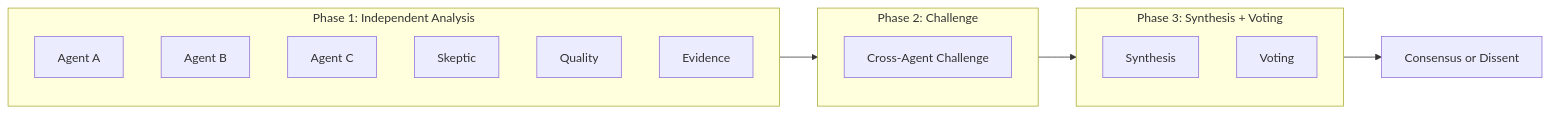
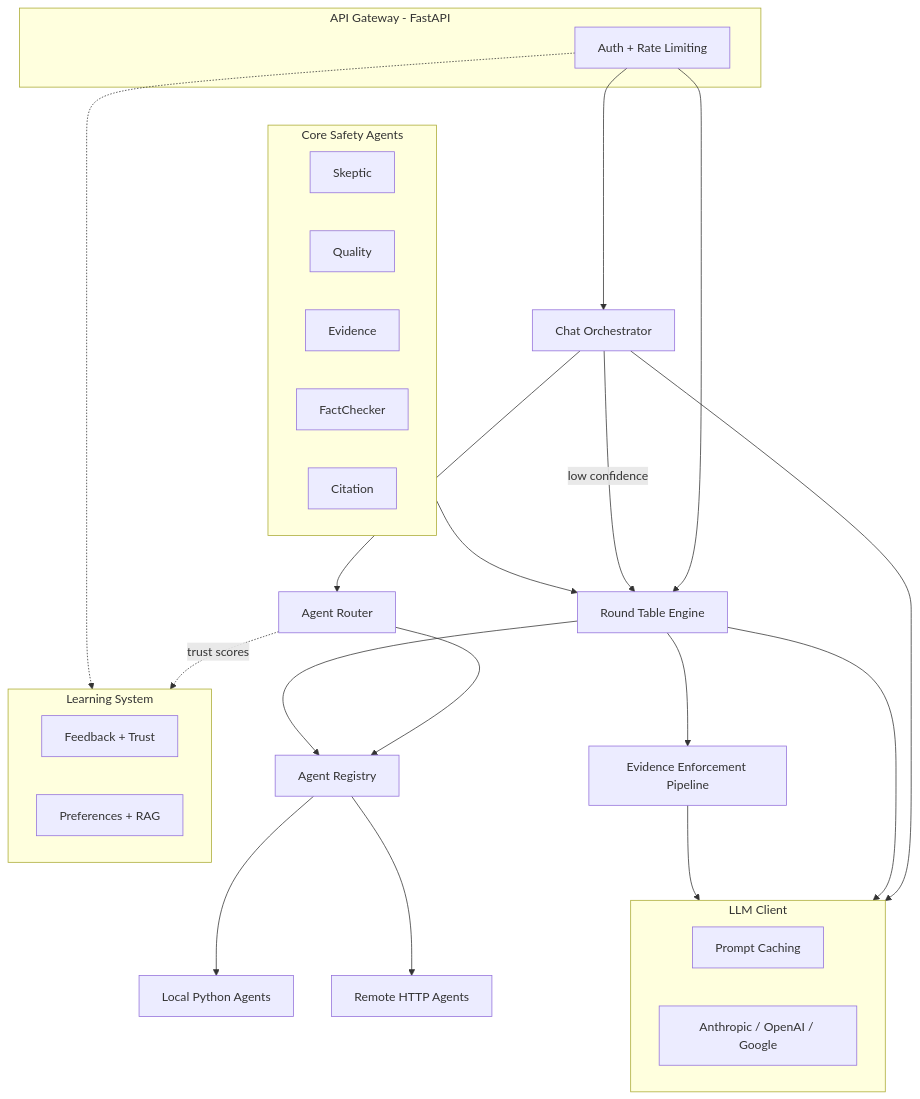
The first of 5 diagrams in README.md (KangaKode/roundtable), drawn with Mermaid before and after one commit. The commit also changed other lines of this file, not shown here.

Commit message:
Restructure README per solutions architect review
Architecture changes:
- Add high-level system architecture diagram as FIRST diagram
  (shows all modules, connections, system boundaries -- the
  30,000-foot view that was missing)
- Reorder diagrams: System Architecture -> Chat Orchestrator ->
  Round Table -> Safety Agents (outside-in, not inside-out)
- Add enforcement pipeline step to Round Table flow diagram
  (was invisible in the previous version)
- Move Evidence Citation Levels from top-level into "What You Get"
  section (between Security and Multi-Tenancy) -- it was
  interrupting the architecture -> quick start narrative

Progressive disclosure: boundary -> mechanism -> policy -> detail.
An architect can now understand the full system in 5 minutes.

Validated: make validate 16/16 passed, 243 tests, 79% coverage

````diff
--- a/README.md
+++ b/README.md
@@ -30,21 +30,36 @@
 ```mermaid
-flowchart LR
-    subgraph phase1 [Phase 1: Independent Analysis]
-        A1[Agent A]
-        A2[Agent B]
-        A3[Agent C]
-        S[Skeptic]
-        Q[Quality]
-        E[Evidence]
+flowchart TD
+    subgraph boundary [API Gateway - FastAPI]
+        Auth[Auth + Rate Limiting]
     end
-    subgraph phase2 [Phase 2: Challenge]
-        CH[Cross-Agent Challenge]
+    Auth --> Chat[Chat Orchestrator]
+    Auth --> RT[Round Table Engine]
+    Chat -->|"low confidence"| RT
+    Chat --> Router[Agent Router]
+    Router --> Registry[Agent Registry]
+    RT --> Registry
+    Registry --> Local[Local Python Agents]
+    Registry --> Remote[Remote HTTP Agents]
+    RT --> Enforce[Evidence Enforcement Pipeline]
+    subgraph llm [LLM Client]
+        Cache[Prompt Caching]
+        Providers["Anthropic / OpenAI / Google"]
     end
-    subgraph phase3 [Phase 3: Synthesis + Voting]
-        SY[Synthesis]
-        V[Voting]
+    Chat --> llm
+    RT --> llm
+    Enforce --> llm
+    subgraph safety [Core Safety Agents]
+        Skeptic[Skeptic]
+        Quality[Quality]
+        EvidenceA[Evidence]
+        FactChk[FactChecker]
+        Citation[Citation]
     end
-    phase1 --> phase2
-    phase2 --> phase3
-    phase3 --> Result[Consensus or Dissent]
+    safety --> RT
+    subgraph learn [Learning System]
+        Feedback[Feedback + Trust]
+        Prefs[Preferences + RAG]
+    end
+    Router -.->|"trust scores"| learn
+    Auth -.-> learn
 ```
````
